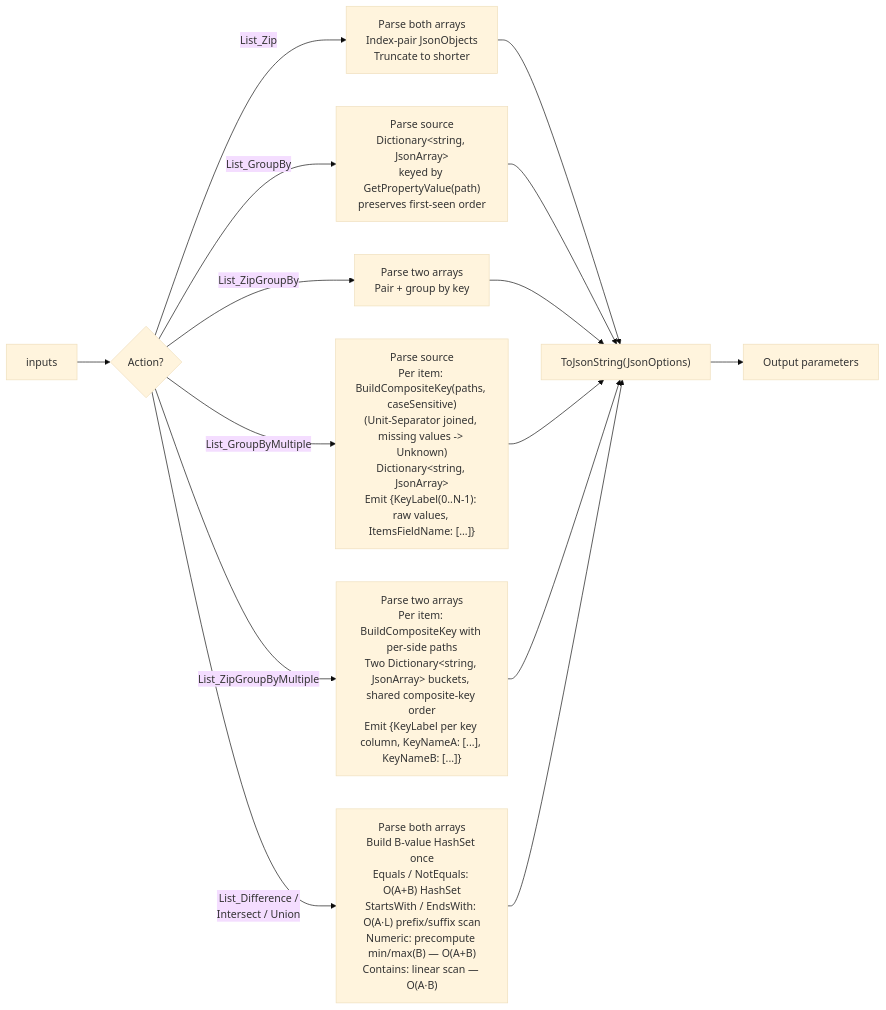
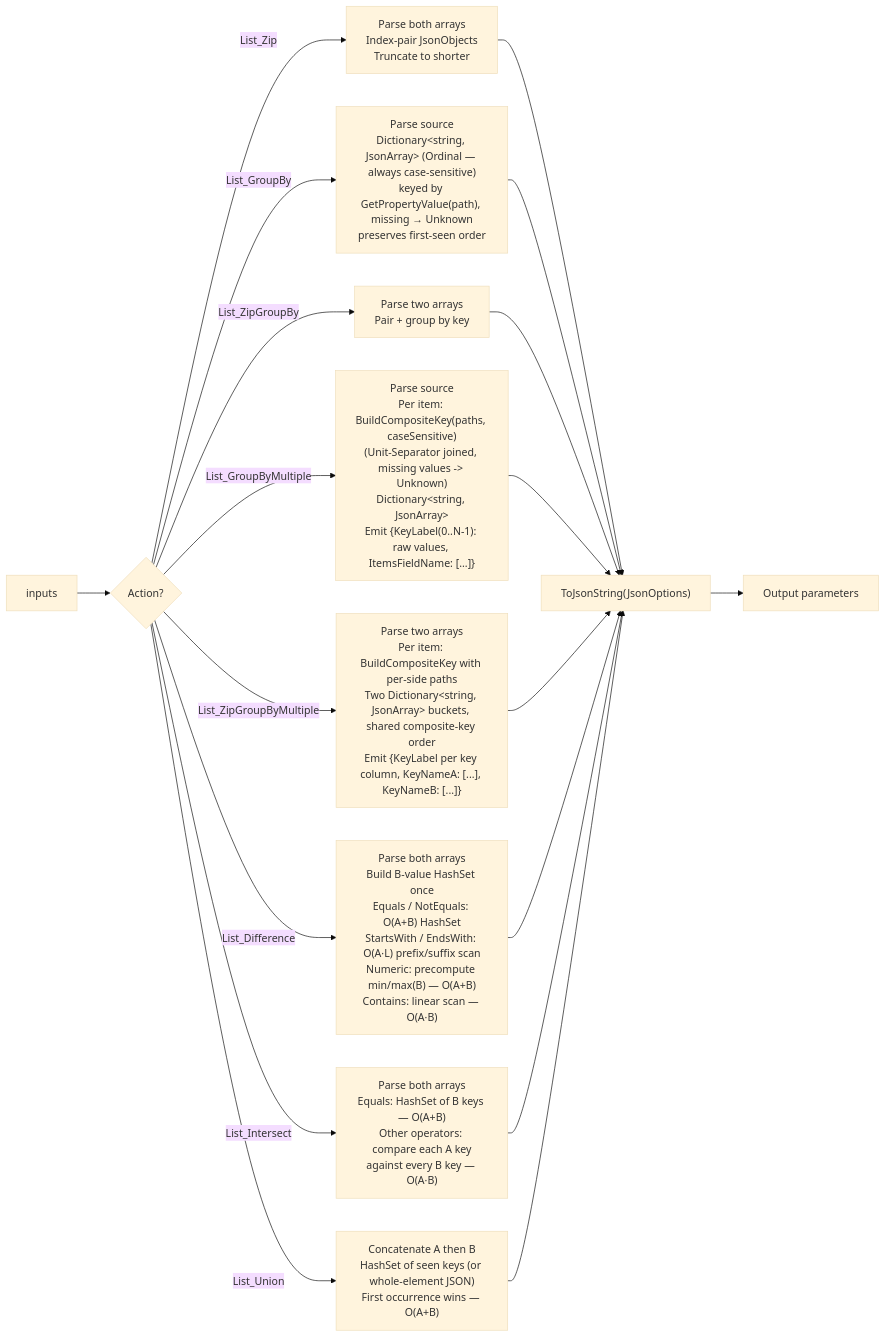
The third of 7 diagrams in ARCHITECTURE.md (alex-cres/OSListUtilsServerSide), drawn with Mermaid (base theme) before and after one commit. The commit also changed other lines of this file and 15 other files, not shown here.

````diff
--- a/ARCHITECTURE.md
+++ b/ARCHITECTURE.md
@@ -117,17 +121,21 @@
 ```mermaid
 flowchart LR
     In[inputs] --> Type{Action?}
     Type -->|List_Zip| Zip["Parse both arrays<br/>Index-pair JsonObjects<br/>Truncate to shorter"]
-    Type -->|List_GroupBy| GroupBy["Parse source<br/>Dictionary&lt;string, JsonArray&gt;<br/>keyed by GetPropertyValue(path)<br/>preserves first-seen order"]
+    Type -->|List_GroupBy| GroupBy["Parse source<br/>Dictionary&lt;string, JsonArray&gt; (Ordinal — always case-sensitive)<br/>keyed by GetPropertyValue(path), missing → Unknown<br/>preserves first-seen order"]
     Type -->|List_ZipGroupBy| ZipGroup["Parse two arrays<br/>Pair + group by key"]
     Type -->|List_GroupByMultiple| GroupByN["Parse source<br/>Per item: BuildCompositeKey(paths, caseSensitive)<br/>(Unit-Separator joined, missing values -> Unknown)<br/>Dictionary&lt;string, JsonArray&gt;<br/>Emit {KeyLabel(0..N-1): raw values, ItemsFieldName: [...]}"]
     Type -->|List_ZipGroupByMultiple| ZipGroupN["Parse two arrays<br/>Per item: BuildCompositeKey with per-side paths<br/>Two Dictionary&lt;string, JsonArray&gt; buckets, shared composite-key order<br/>Emit {KeyLabel per key column, KeyNameA: [...], KeyNameB: [...]}"]
-    Type -->|List_Difference /<br/>Intersect / Union| SetOp["Parse both arrays<br/>Build B-value HashSet once<br/>Equals / NotEquals: O(A+B) HashSet<br/>StartsWith / EndsWith: O(A·L) prefix/suffix scan<br/>Numeric: precompute min/max(B) — O(A+B)<br/>Contains: linear scan — O(A·B)"]
+    Type -->|List_Difference| SetOp["Parse both arrays<br/>Build B-value HashSet once<br/>Equals / NotEquals: O(A+B) HashSet<br/>StartsWith / EndsWith: O(A·L) prefix/suffix scan<br/>Numeric: precompute min/max(B) — O(A+B)<br/>Contains: linear scan — O(A·B)"]
+    Type -->|List_Intersect| Inter["Parse both arrays<br/>Equals: HashSet of B keys — O(A+B)<br/>Other operators: compare each A key<br/>against every B key — O(A·B)"]
+    Type -->|List_Union| Union["Concatenate A then B<br/>HashSet of seen keys (or whole-element JSON)<br/>First occurrence wins — O(A+B)"]
     Zip --> Serialize["ToJsonString(JsonOptions)"]
     GroupBy --> Serialize
     ZipGroup --> Serialize
     GroupByN --> Serialize
     ZipGroupN --> Serialize
     SetOp --> Serialize
+    Inter --> Serialize
+    Union --> Serialize
     Serialize --> Out[Output parameters]
 ```
````
